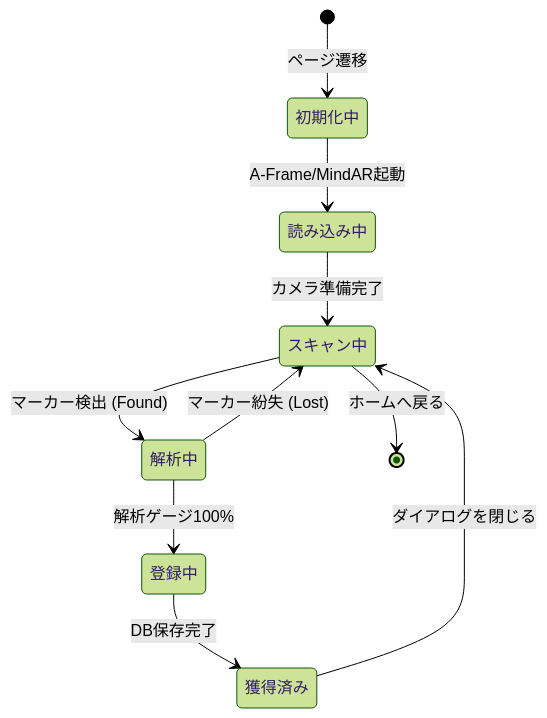
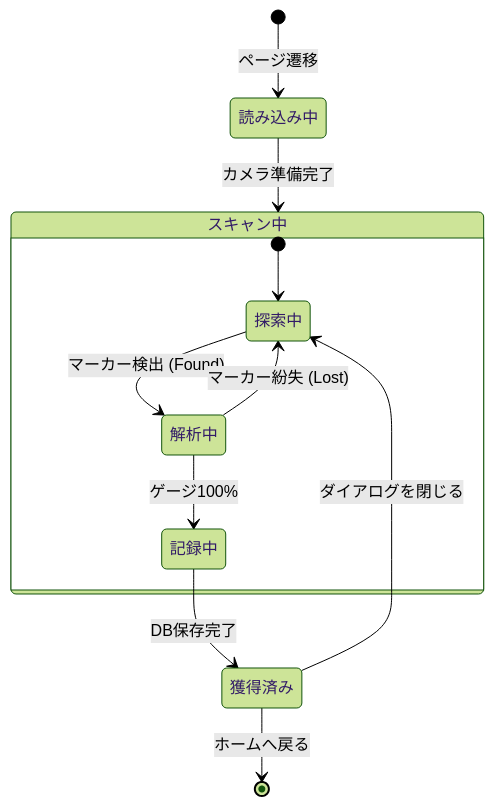
One commit to yuma25/ATD26 changed the fourth of 5 diagrams in docs/DIAGRAMS.md. Above: the diagram before and after it, drawn with Mermaid (forest theme). The commit also changed other lines of this file and 42 other files, not shown here.

````diff
--- a/docs/DIAGRAMS.md
+++ b/docs/DIAGRAMS.md
@@ -131,15 +117,17 @@
 ```mermaid
 stateDiagram-v2
-    [*] --> 初期化中: ページ遷移
-    初期化中 --> 読み込み中: A-Frame/MindAR起動
+    [*] --> 読み込み中: ページ遷移
     読み込み中 --> スキャン中: カメラ準備完了
     
-    スキャン中 --> 解析中: マーカー検出 (Found)
-    解析中 --> スキャン中: マーカー紛失 (Lost)
+    state スキャン中 {
+        [*] --> 探索中
+        探索中 --> 解析中: マーカー検出 (Found)
+        解析中 --> 探索中: マーカー紛失 (Lost)
+        解析中 --> 記録中: ゲージ100%
+    }
     
-    解析中 --> 登録中: 解析ゲージ100%
-    登録中 --> 獲得済み: DB保存完了
+    記録中 --> 獲得済み: DB保存完了
+    獲得済み --> 探索中: ダイアログを閉じる
     
-    獲得済み --> スキャン中: ダイアログを閉じる
-    スキャン中 --> [*]: ホームへ戻る
+    獲得済み --> [*]: ホームへ戻る
 ```
````
